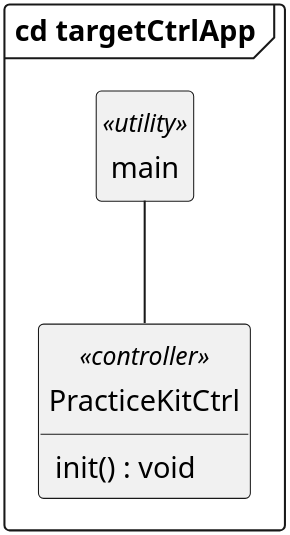
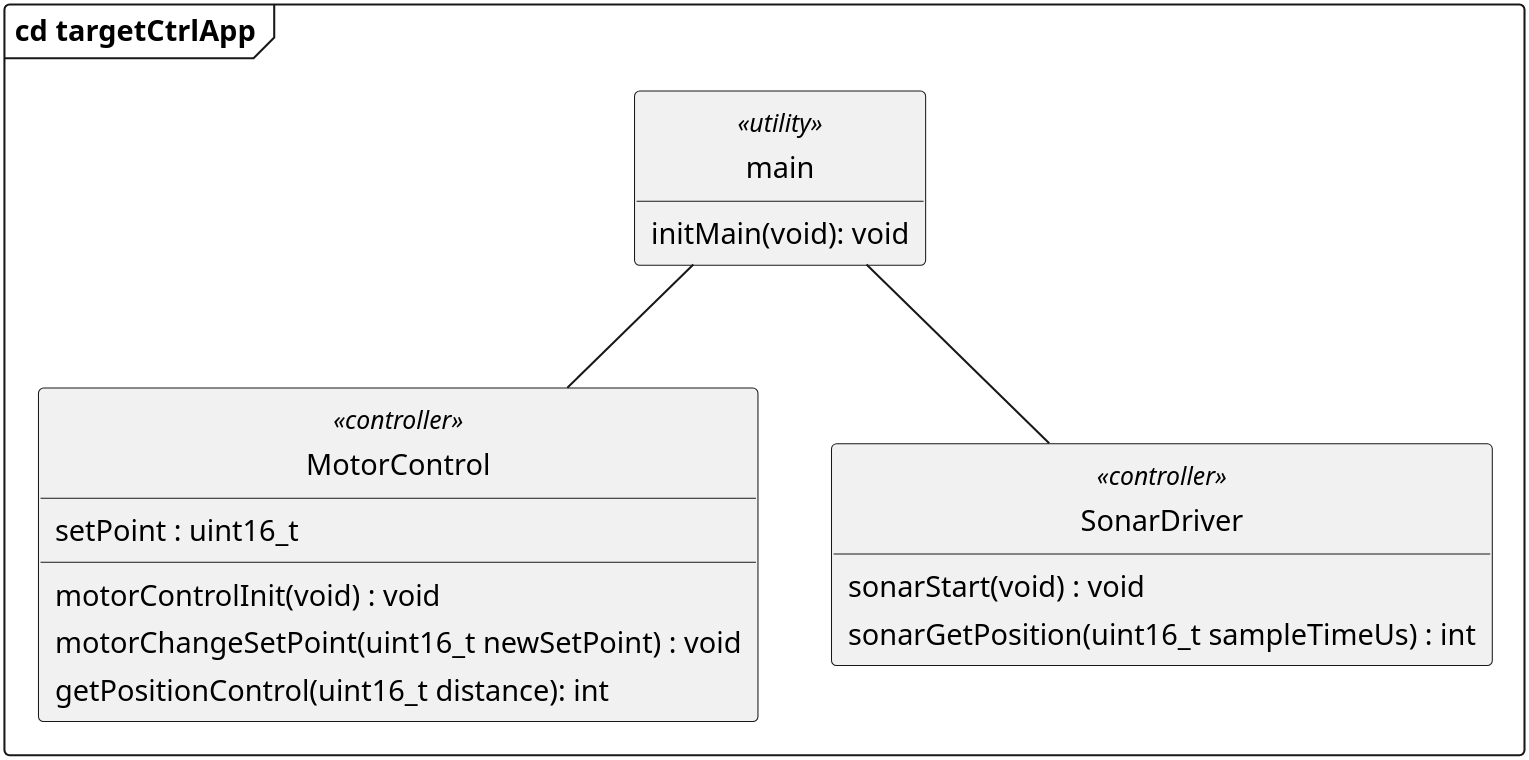
One commit to LasseKrarup/Laser-Tag-Project changed the diagram in PlantUML/src/targetCtrlApp_cd.plantuml. Above: the diagram before and after it, drawn with PlantUML. The commit also changed 1 other file, not shown here.

```diff
--- a/PlantUML/src/targetCtrlApp_cd.plantuml
+++ b/PlantUML/src/targetCtrlApp_cd.plantuml
@@ -2,28 +2,37 @@
 @startuml practiceKitCtrlApp_cd
 scale 1.5
 skinparam {
     monochrome true
     dpi 300
     padding 2
     packageStyle rectangle
     packageStyle frame
     shadowing false
     classAttributeIconSize 0
 }
 hide circle
 hide empty members
 
 frame "cd targetCtrlApp" {
 
     class main <<utility>> {
-        
+        initMain(void): void
     }
 
-    class PracticeKitCtrl <<controller>> {
-        init() : void
+    class MotorControl <<controller>> {
+        setPoint : uint16_t
+        motorControlInit(void) : void
+        motorChangeSetPoint(uint16_t newSetPoint) : void
+        getPositionControl(uint16_t distance): int
+    }
+
+    class SonarDriver <<controller>> {
+        sonarStart(void) : void
+        sonarGetPosition(uint16_t sampleTimeUs) : int
     }
 }
 
-main -- PracticeKitCtrl
+main -- MotorControl
+main -- SonarDriver
 
 @enduml
```
